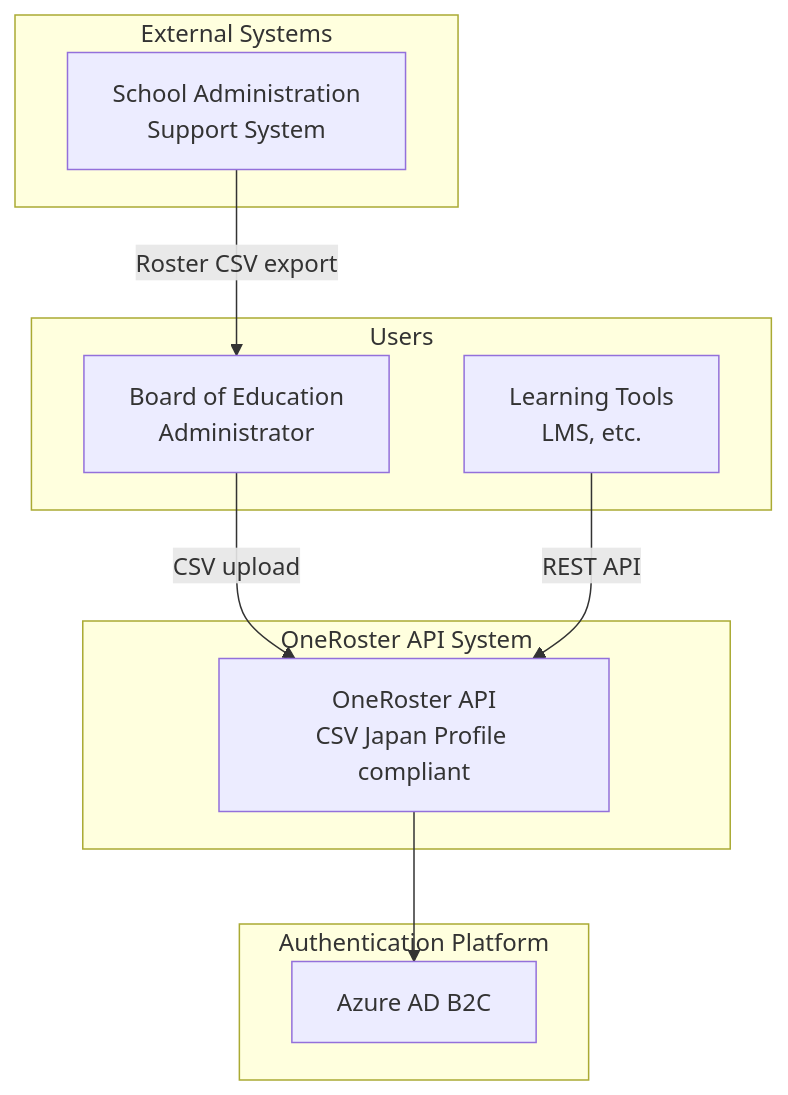
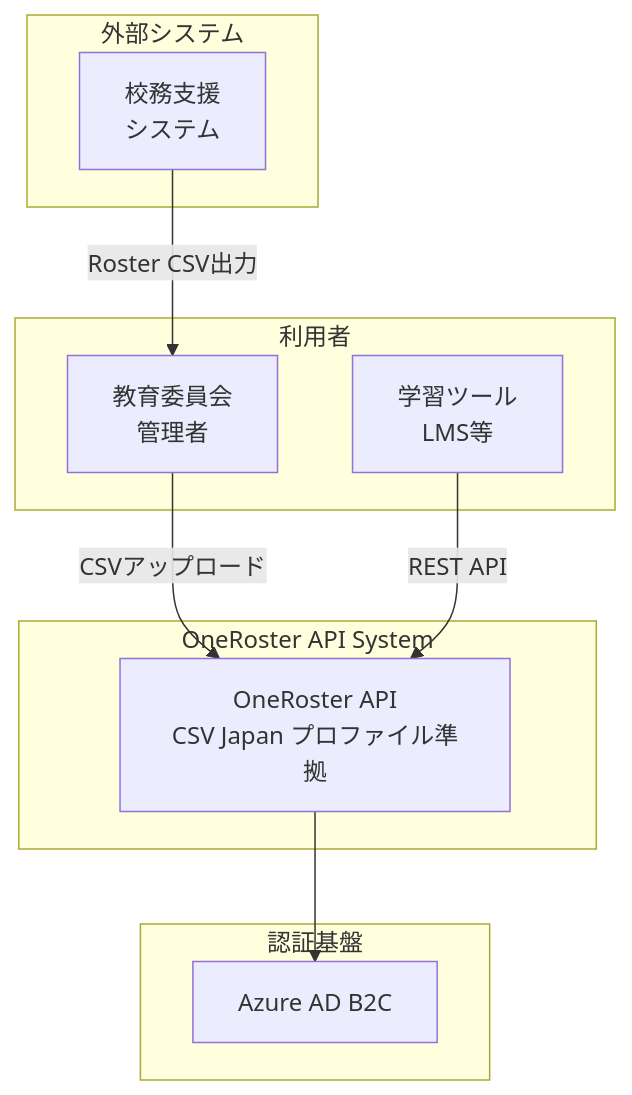
The diagram in docs/Qiita/MUSUBI-v6.1.2-User-Guide.md (Improve-To-Grow/MUSUBI), drawn with Mermaid before and after one commit. The commit also changed other lines of this file and 16 other files, not shown here.

````diff
--- a/docs/Qiita/MUSUBI-v6.1.2-User-Guide.md
+++ b/docs/Qiita/MUSUBI-v6.1.2-User-Guide.md
@@ -354,24 +354,24 @@
 ```mermaid
 graph TB
-    subgraph External Systems
-        SIS[School Administration<br>Support System]
+    subgraph 外部システム
+        SIS[校務支援<br>システム]
     end
     
-    subgraph Users
-        Admin[Board of Education<br>Administrator]
-        LMS[Learning Tools<br>LMS, etc.]
+    subgraph 利用者
+        Admin[教育委員会<br>管理者]
+        LMS[学習ツール<br>LMS等]
     end
     
     subgraph OneRoster API System
-        API[OneRoster API<br>CSV Japan Profile compliant]
+        API[OneRoster API<br>CSV Japan プロファイル準拠]
     end
     
-    subgraph Authentication Platform
+    subgraph 認証基盤
         AzureAD[Azure AD B2C]
     end
     
-    SIS -->|Roster CSV export| Admin
-    Admin -->|CSV upload| API
+    SIS -->|Roster CSV出力| Admin
+    Admin -->|CSVアップロード| API
     LMS -->|REST API| API
     API --> AzureAD
 ```
````
